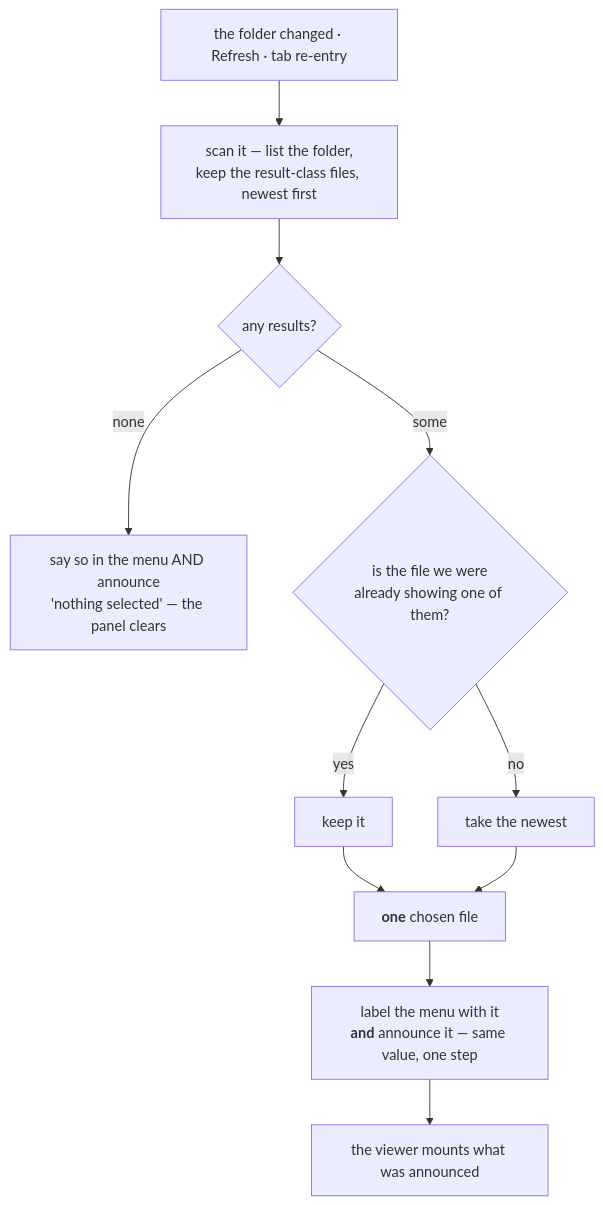
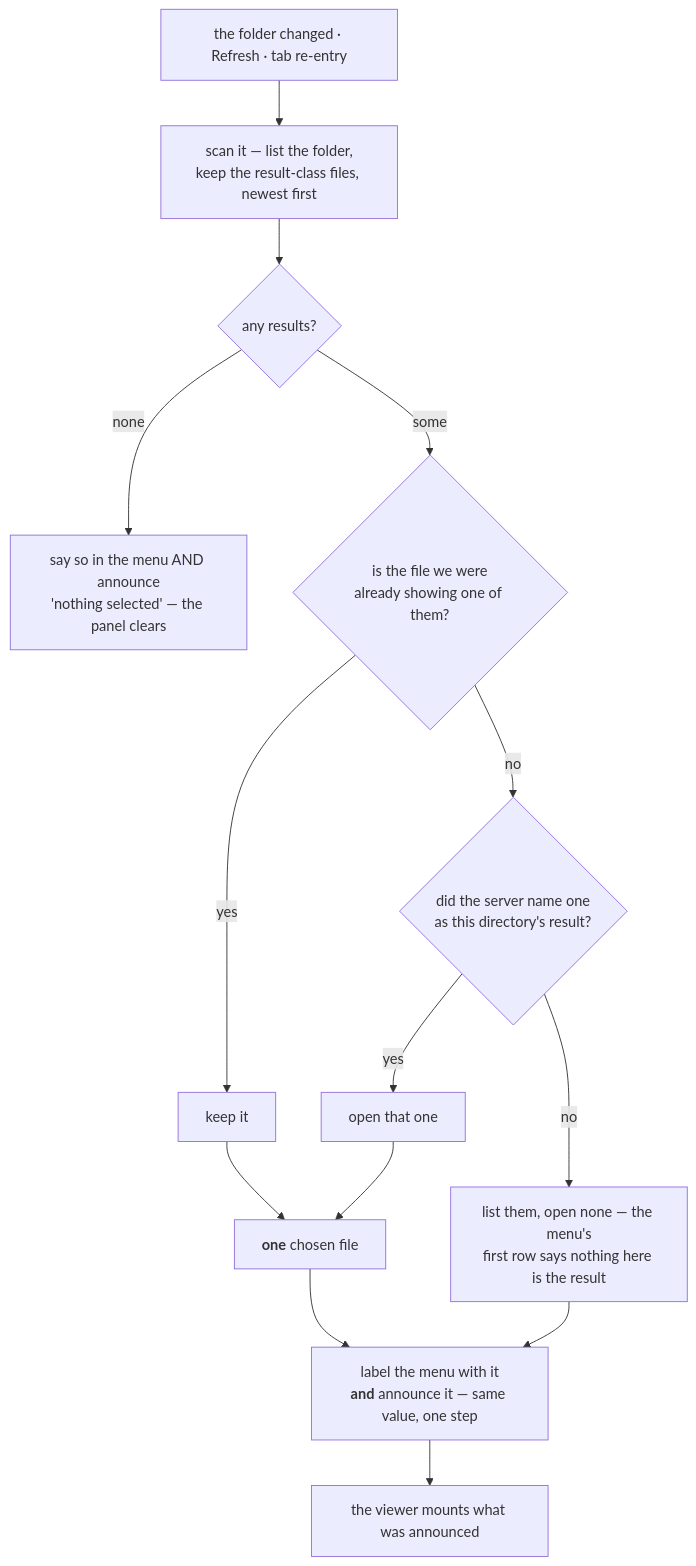
Before and after one commit to Qing-LAB/molbuilder: the second of 3 diagrams in docs/web/results.md, drawn with Mermaid. The commit also changed other lines of this file and 5 other files, not shown here.

````diff
--- a/docs/web/results.md
+++ b/docs/web/results.md
@@ -87,13 +104,16 @@
 ```mermaid
 flowchart TD
   T["the folder changed · Refresh · tab re-entry"] --> S["scan it — list the folder,<br/>keep the result-class files, newest first"]
   S --> E{"any results?"}
   E -->|"none"| N["say so in the menu AND announce<br/>'nothing selected' — the panel clears"]
   E -->|"some"| K{"is the file we were<br/>already showing one of them?"}
   K -->|"yes"| KEEP["keep it"]
-  K -->|"no"| NEW["take the newest"]
+  K -->|"no"| D{"did the server name one<br/>as this directory's result?"}
+  D -->|"yes"| NEW["open that one"]
+  D -->|"no"| NONE["list them, open none — the menu's<br/>first row says nothing here is the result"]
+  NONE --> A
   KEEP --> ONE["<b>one</b> chosen file"]
   NEW --> ONE
   ONE --> A["label the menu with it<br/><b>and</b> announce it — same value, one step"]
   A --> M["the viewer mounts what was announced"]
 ```
````
